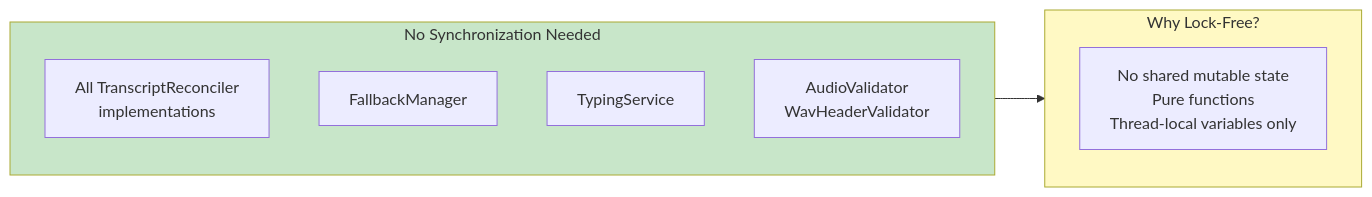
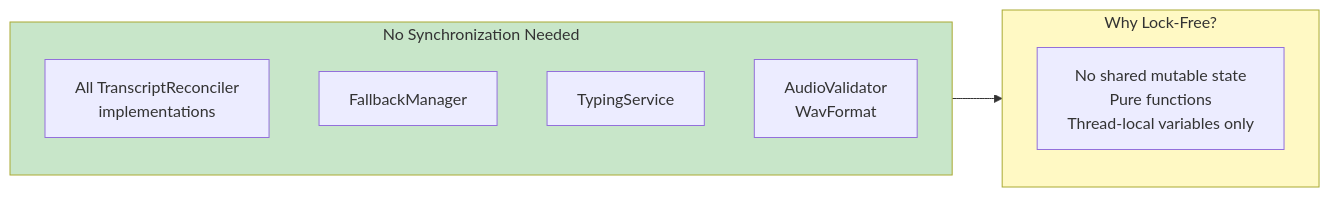
One commit to phillippitts/speakToMack changed diagram 13 of 15 in docs/diagrams/thread-model-concurrency.md. Above: the diagram before and after it, drawn with Mermaid. The commit also changed other lines of this file and 499 other files, not shown here.

````diff
--- a/docs/diagrams/thread-model-concurrency.md
+++ b/docs/diagrams/thread-model-concurrency.md
@@ -416,18 +406,18 @@
 ```mermaid
 graph LR
     subgraph NoLocks["No Synchronization Needed"]
         Reconcilers[All TranscriptReconciler<br/>implementations]
         Fallback[FallbackManager]
         Typing[TypingService]
-        Validators[AudioValidator<br/>WavHeaderValidator]
+        Validators[AudioValidator<br/>WavFormat]
     end
 
     subgraph Reason["Why Lock-Free?"]
         Stateless[No shared mutable state<br/>Pure functions<br/>Thread-local variables only]
     end
 
     NoLocks --> Reason
 
     style NoLocks fill:#c8e6c9
     style Reason fill:#fff9c4
 ```
````
